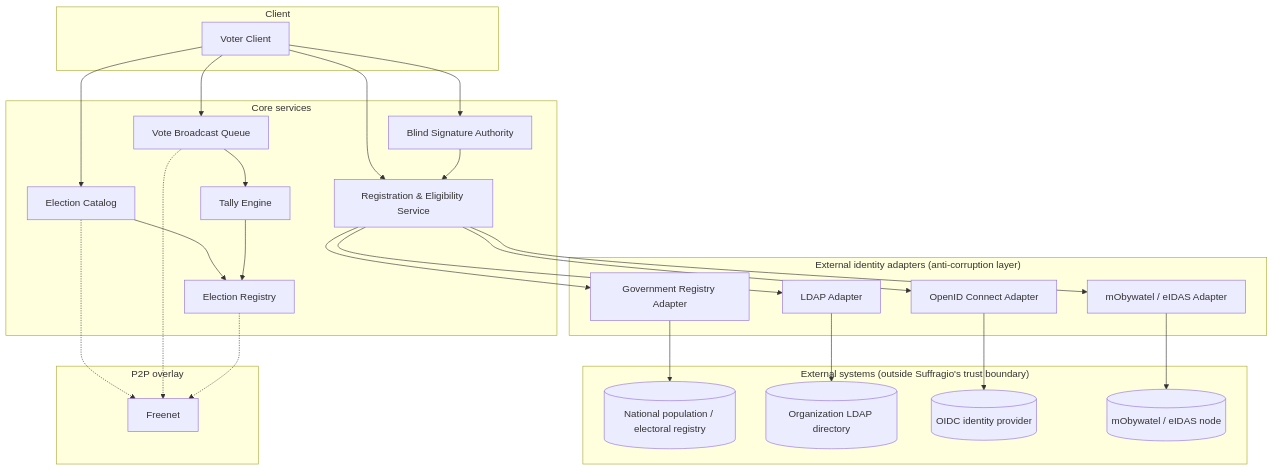
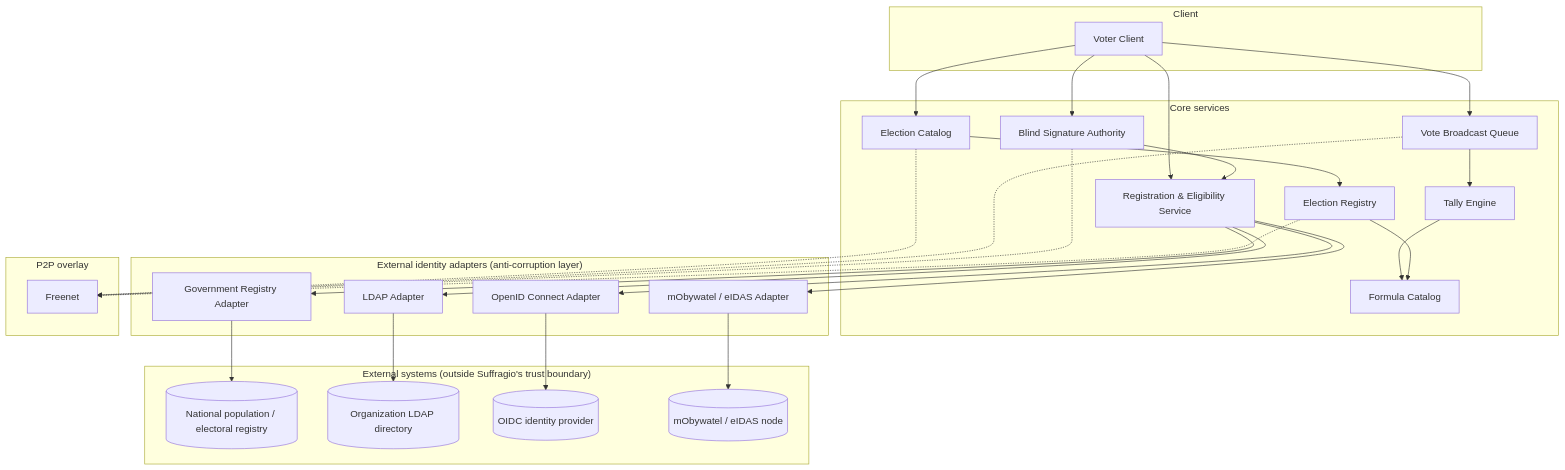
The second of 3 diagrams in src/content/docs/architecture.md (Suffragio/suffragio-spec), drawn with Mermaid before and after one commit. The commit also changed other lines of this file and 21 other files, not shown here.

````diff
--- a/src/content/docs/architecture.md
+++ b/src/content/docs/architecture.md
@@ -74,53 +77,56 @@
 ```mermaid
 flowchart TB
     subgraph Client
         VC["Voter Client"]
     end
 
     subgraph Core["Core services"]
         Catalog["Election Catalog"]
         Registry["Election Registry"]
         RegSvc["Registration &amp; Eligibility Service"]
         BSA["Blind Signature Authority"]
         Queue["Vote Broadcast Queue"]
         Tally["Tally Engine"]
+        Formulas["Formula Catalog"]
     end
 
     subgraph Adapters["External identity adapters (anti-corruption layer)"]
         GovAdapter["Government Registry Adapter"]
         LDAPAdapter["LDAP Adapter"]
         OIDCAdapter["OpenID Connect Adapter"]
         EidAdapter["mObywatel / eIDAS Adapter"]
     end
 
     subgraph External["External systems (outside Suffragio's trust boundary)"]
         GovDB[("National population / electoral registry")]
         LDAPDir[("Organization LDAP directory")]
         OIDCProv[("OIDC identity provider")]
         EidNode[("mObywatel / eIDAS node")]
     end
 
     subgraph Overlay["P2P overlay"]
         Freenet["Freenet"]
     end
 
     VC --> Catalog
     VC --> RegSvc
     VC --> BSA
     VC --> Queue
     Catalog --> Registry
+    Tally --> Formulas
+    Registry --> Formulas
     RegSvc --> GovAdapter
     RegSvc --> LDAPAdapter
     RegSvc --> OIDCAdapter
     RegSvc --> EidAdapter
     GovAdapter --> GovDB
     LDAPAdapter --> LDAPDir
     OIDCAdapter --> OIDCProv
     EidAdapter --> EidNode
     BSA --> RegSvc
     Queue --> Tally
-    Tally --> Registry
     Catalog -.-> Freenet
     Queue -.-> Freenet
+    BSA -.-> Freenet
     Registry -.-> Freenet
 ```
````
